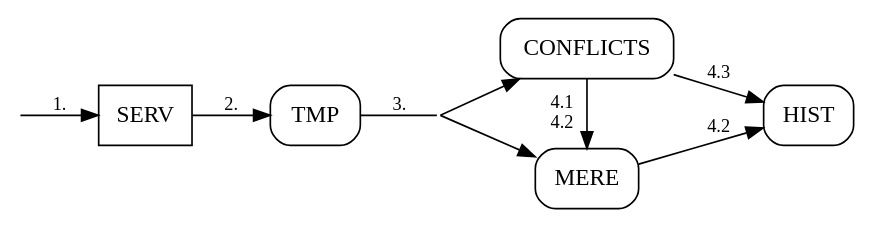
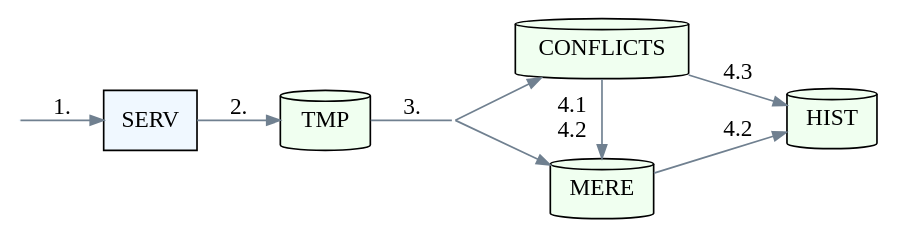
One commit to sully-vian/internships changed the diagram in actimage/assets/onacvg-migration.dot. Above: the diagram before and after it, drawn with Graphviz. The commit also changed 2 other files, not shown here.

Commit message:
ACTIMAGE: colored graphs

```diff
--- a/actimage/assets/onacvg-migration.dot
+++ b/actimage/assets/onacvg-migration.dot
@@ -1,32 +1,32 @@
 digraph Architecture {
     // Default styles
     rankdir=LR
-    node [shape=box];
-    edge [fontsize=11];
+    node [shape=box, style=filled, fillcolor=aliceblue];
+    edge [color=slategray, arrowsize=0.8];
 
     // Invisible start node to create the initial incoming arrow
     start [shape=none, label="", width=0, height=0];
 
     // Define nodes with appropriate styles (rounded vs solid)
-    SERV [style=solid];
-    TMP [style=rounded];
-    MERE [style=rounded];
-    CONFLICTS [style=rounded];
-    HIST [style=rounded];
+    SERV;
+    TMP [shape=cylinder, fillcolor=honeydew];
+    MERE [shape=cylinder, fillcolor=honeydew];
+    CONFLICTS [shape=cylinder, fillcolor=honeydew];
+    HIST [shape=cylinder, fillcolor=honeydew];
 
     // Ensure MERE and CONFLICTS align horizontally
     { rank=same; MERE; CONFLICTS; }
 
     split [shape=point, width=0, height=0];
 
     start -> SERV [label="1."];
     SERV -> TMP [label="2."];
     
     TMP -> split [label="3.", arrowhead=none];
     split -> MERE;
     split -> CONFLICTS;
 
     CONFLICTS -> MERE [label="4.1\n4.2"];
     MERE -> HIST [label="4.2"];
     CONFLICTS -> HIST [label="4.3"];
 }
```
